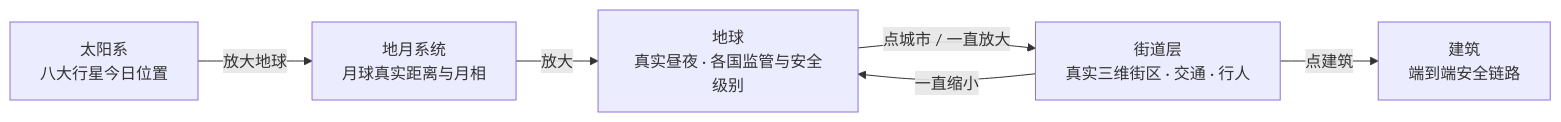
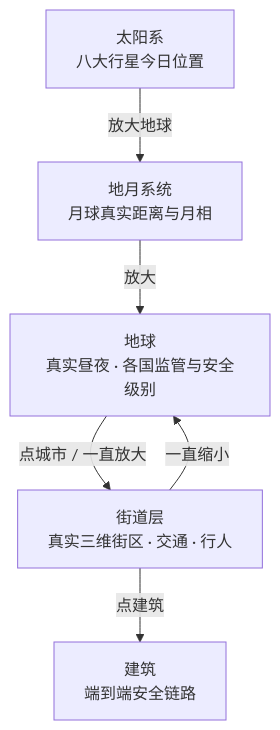
One commit to tianmingliu-pixel/sentinel-earth changed the first of 3 diagrams in README.zh.md. Above: the diagram before and after it, drawn with Mermaid. The commit also changed 8 other files, not shown here.

First line of the commit message:
Docs: draw the zoom-level diagram top-to-bottom so it is readable on GitHub

````diff
--- a/README.zh.md
+++ b/README.zh.md
@@ -11,8 +11,8 @@
 ```mermaid
-flowchart LR
+flowchart TB
   SS["太阳系<br/>八大行星今日位置"] -- 放大地球 --> EM["地月系统<br/>月球真实距离与月相"]
   EM -- 放大 --> GL["地球<br/>真实昼夜 · 各国监管与安全级别"]
   GL -- 点城市 / 一直放大 --> ST["街道层<br/>真实三维街区 · 交通 · 行人"]
   ST -- 点建筑 --> BD["建筑<br/>端到端安全链路"]
   ST -- 一直缩小 --> GL
 ```
````
